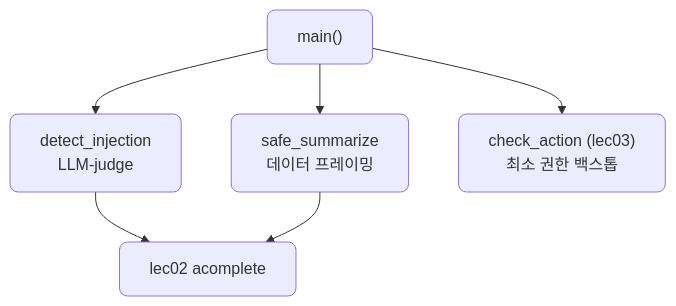
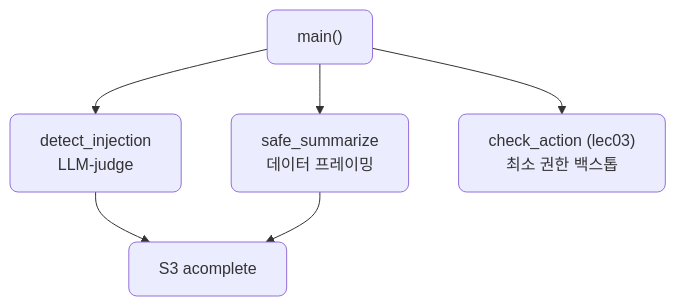
One commit to CodeCompose7/ai_service_engineering changed the seventh of 7 diagrams in docs/section4/lec04/README.md. Above: the diagram before and after it, drawn with Mermaid. The commit also changed 12 other files, not shown here.

````diff
--- a/docs/section4/lec04/README.md
+++ b/docs/section4/lec04/README.md
@@ -133,10 +133,10 @@
 ```mermaid
 flowchart TB
   MAIN["main()"]
   MAIN --> DI["detect_injection<br/>LLM-judge"]
   MAIN --> SS["safe_summarize<br/>데이터 프레이밍"]
   MAIN --> CA["check_action (lec03)<br/>최소 권한 백스톱"]
-  DI --> LLM["lec02 acomplete"]
+  DI --> LLM["S3 acomplete"]
   SS --> LLM
   classDef default rx:8,ry:8;
 ```
````
